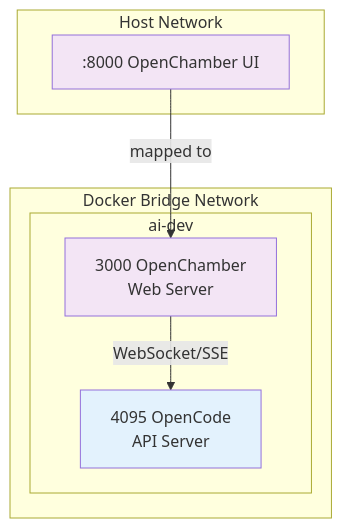
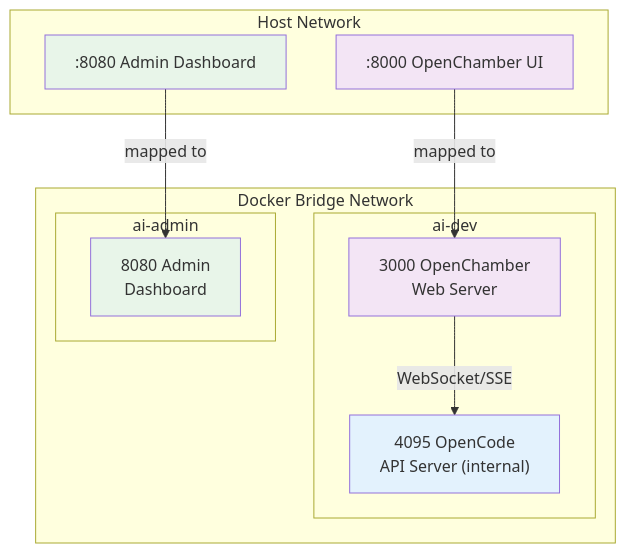
Before and after one commit to tryweb/Codeforge: the ninth of 13 diagrams in docs/ARCHITECTURE.md, drawn with Mermaid. The commit also changed other lines of this file, not shown here.

First line of the commit message:
docs(architecture): add Admin Agent center connection section

````diff
--- a/docs/ARCHITECTURE.md
+++ b/docs/ARCHITECTURE.md
@@ -279,21 +407,29 @@
 ```mermaid
 graph TB
     subgraph "Host Network"
         HOST_PORT_8000[":8000 OpenChamber UI"]
+        HOST_PORT_8080[":8080 Admin Dashboard"]
     end
 
     subgraph "Docker Bridge Network"
         subgraph "ai-dev"
             CONTAINER_3000["3000 OpenChamber<br/>Web Server"]
-            CONTAINER_4095["4095 OpenCode<br/>API Server"]
+            CONTAINER_4095["4095 OpenCode<br/>API Server (internal)"]
+        end
+
+        subgraph "ai-admin"
+            CONTAINER_8080["8080 Admin<br/>Dashboard"]
         end
     end
 
     HOST_PORT_8000 -->|"mapped to"| CONTAINER_3000
+    HOST_PORT_8080 -->|"mapped to"| CONTAINER_8080
 
     CONTAINER_3000 -->|"WebSocket/SSE"| CONTAINER_4095
 
     style HOST_PORT_8000 fill:#f3e5f5
+    style HOST_PORT_8080 fill:#e8f5e9
     style CONTAINER_3000 fill:#f3e5f5
     style CONTAINER_4095 fill:#e3f2fd
+    style CONTAINER_8080 fill:#e8f5e9
 ```
````
